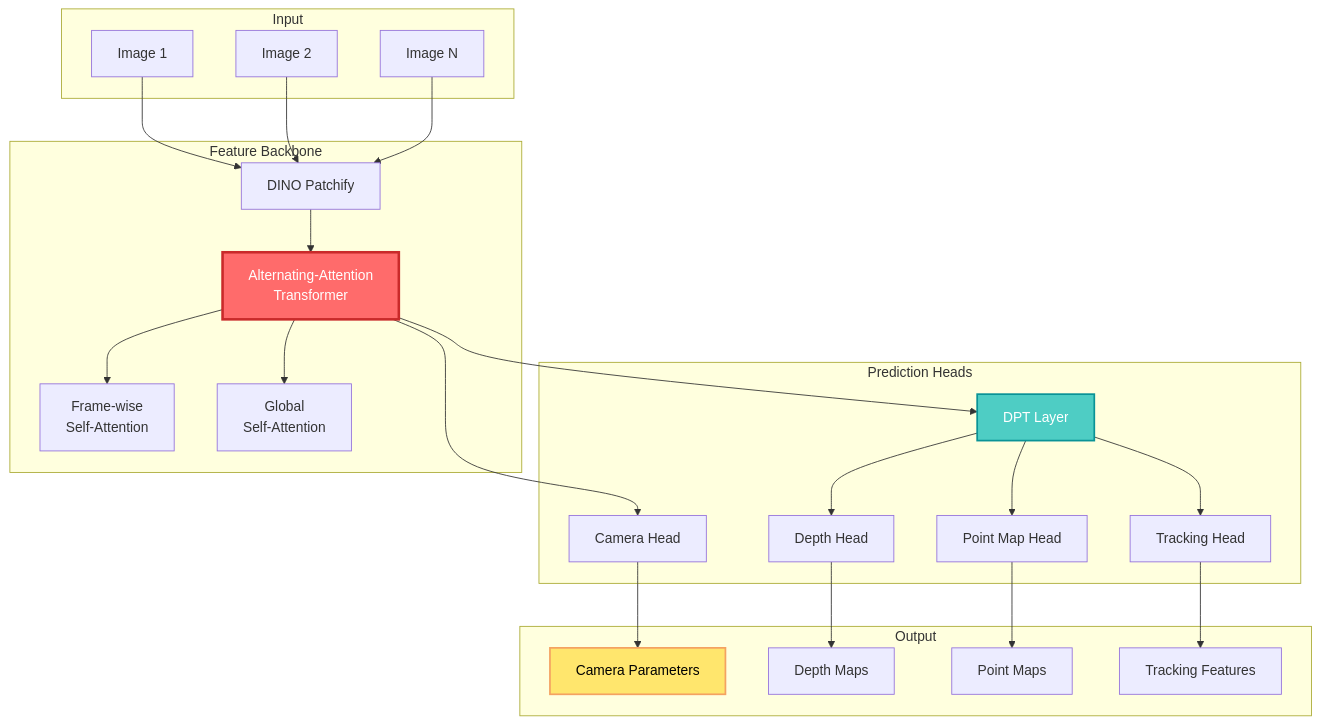
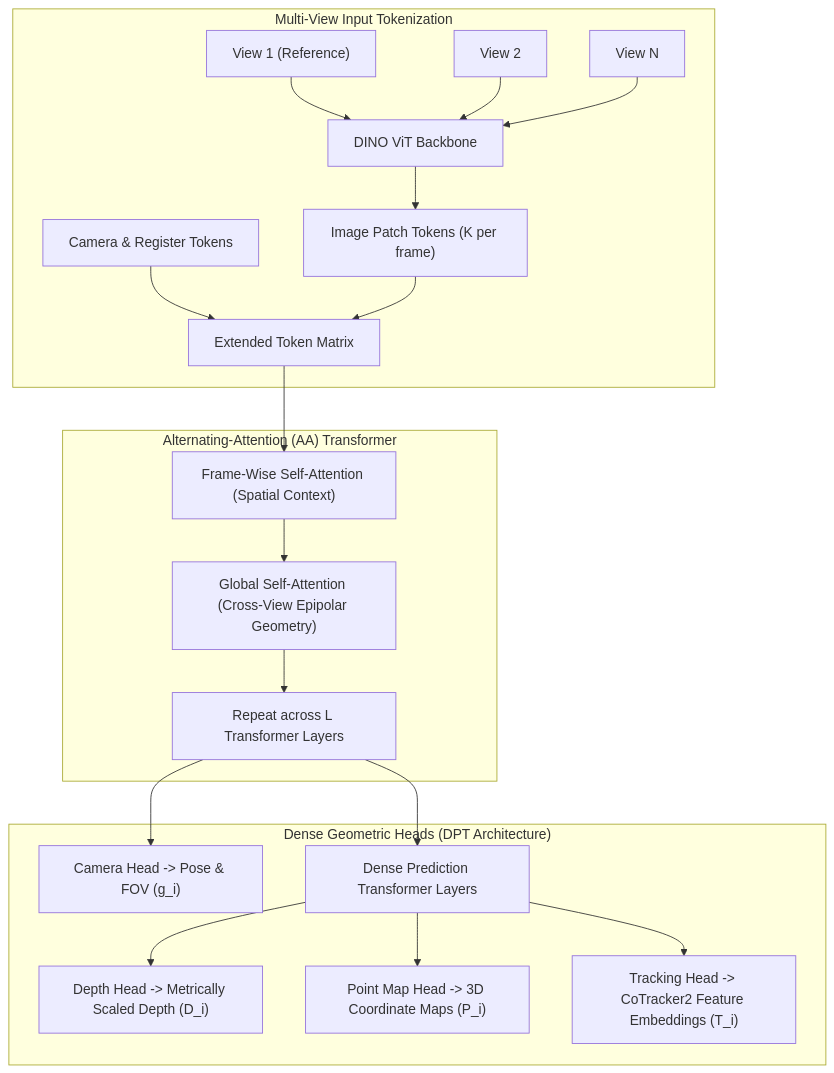
One commit to akillness/akillness.github.io changed the second of 4 diagrams in _posts/2025/03/2025-03-14-vggt-visual-geometry-grounded-transformer.md. Above: the diagram before and after it, drawn with Mermaid. The commit also changed other lines of this file and 1 other file, not shown here.

Commit message:
archive(dev): rebuild vggt-visual-geometry-grounded-transformer from 2025-03 note

````diff
--- a/_posts/2025/03/2025-03-14-vggt-visual-geometry-grounded-transformer.md
+++ b/_posts/2025/03/2025-03-14-vggt-visual-geometry-grounded-transformer.md
@@ -74,37 +50,25 @@
 ```mermaid
-graph TB
-    subgraph Input["Input"]
-        I1[Image 1]
-        I2[Image 2]
-        IN[Image N]
+flowchart TD
+    subgraph InputProcessing["Multi-View Input Tokenization"]
+        I1["View 1 (Reference)"] --> DINO["DINO ViT Backbone"]
+        I2["View 2"] --> DINO
+        IN["View N"] --> DINO
+        DINO --> PatchTokens["Image Patch Tokens (K per frame)"]
+        CamTokens["Camera & Register Tokens"] --> ExtendedTokens["Extended Token Matrix"]
+        PatchTokens --> ExtendedTokens
     end
 
-    subgraph Backbone["Feature Backbone"]
-        DINO[DINO Patchify] --> AA[Alternating-Attention<br/>Transformer]
-        AA --> FW[Frame-wise<br/>Self-Attention]
-        AA --> GW[Global<br/>Self-Attention]
+    subgraph Backbone["Alternating-Attention (AA) Transformer"]
+        ExtendedTokens --> FWA["Frame-Wise Self-Attention (Spatial Context)"]
+        FWA --> GWA["Global Self-Attention (Cross-View Epipolar Geometry)"]
+        GWA --> RepBlock["Repeat across L Transformer Layers"]
     end
 
-    subgraph Prediction["Prediction Heads"]
-        AA --> CH[Camera Head]
-        AA --> DPT[DPT Layer]
-        DPT --> DH[Depth Head]
-        DPT --> PH[Point Map Head]
-        DPT --> TH[Tracking Head]
+    subgraph PredictionHeads["Dense Geometric Heads (DPT Architecture)"]
+        RepBlock --> CamHead["Camera Head -> Pose & FOV (g_i)"]
+        RepBlock --> DPT["Dense Prediction Transformer Layers"]
+        DPT --> DepthHead["Depth Head -> Metrically Scaled Depth (D_i)"]
+        DPT --> PointHead["Point Map Head -> 3D Coordinate Maps (P_i)"]
+        DPT --> TrackHead["Tracking Head -> CoTracker2 Feature Embeddings (T_i)"]
     end
-
-    subgraph Output["Output"]
-        CH --> CP[Camera Parameters]
-        DH --> DM[Depth Maps]
-        PH --> PM[Point Maps]
-        TH --> TF[Tracking Features]
-    end
-
-    I1 --> DINO
-    I2 --> DINO
-    IN --> DINO
-
-    style AA fill:#ff6b6b,stroke:#c92a2a,stroke-width:3px,color:#fff
-    style DPT fill:#4ecdc4,stroke:#0a9396,stroke-width:2px,color:#fff
-    style CP fill:#ffe66d,stroke:#f4a261,stroke-width:2px,color:#000
 ```
````
